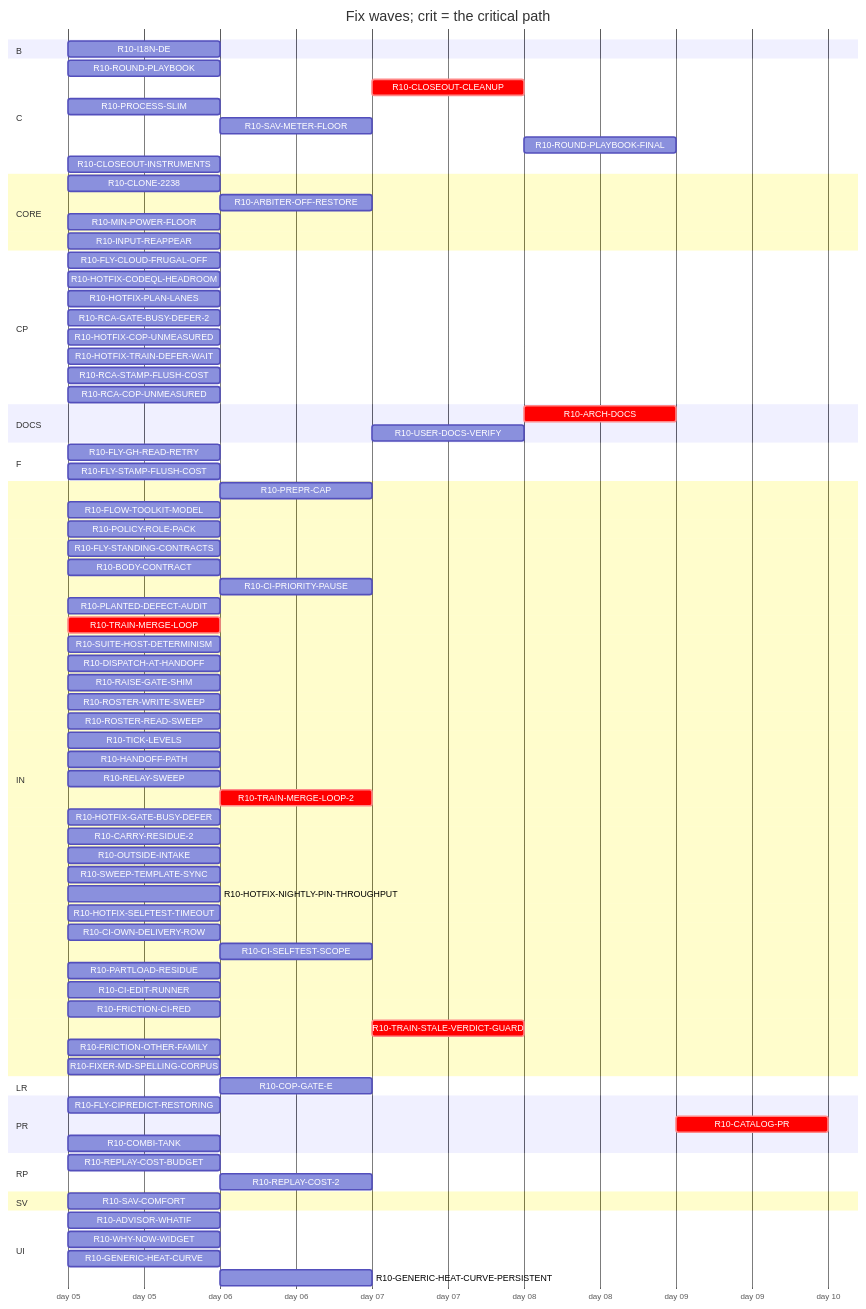
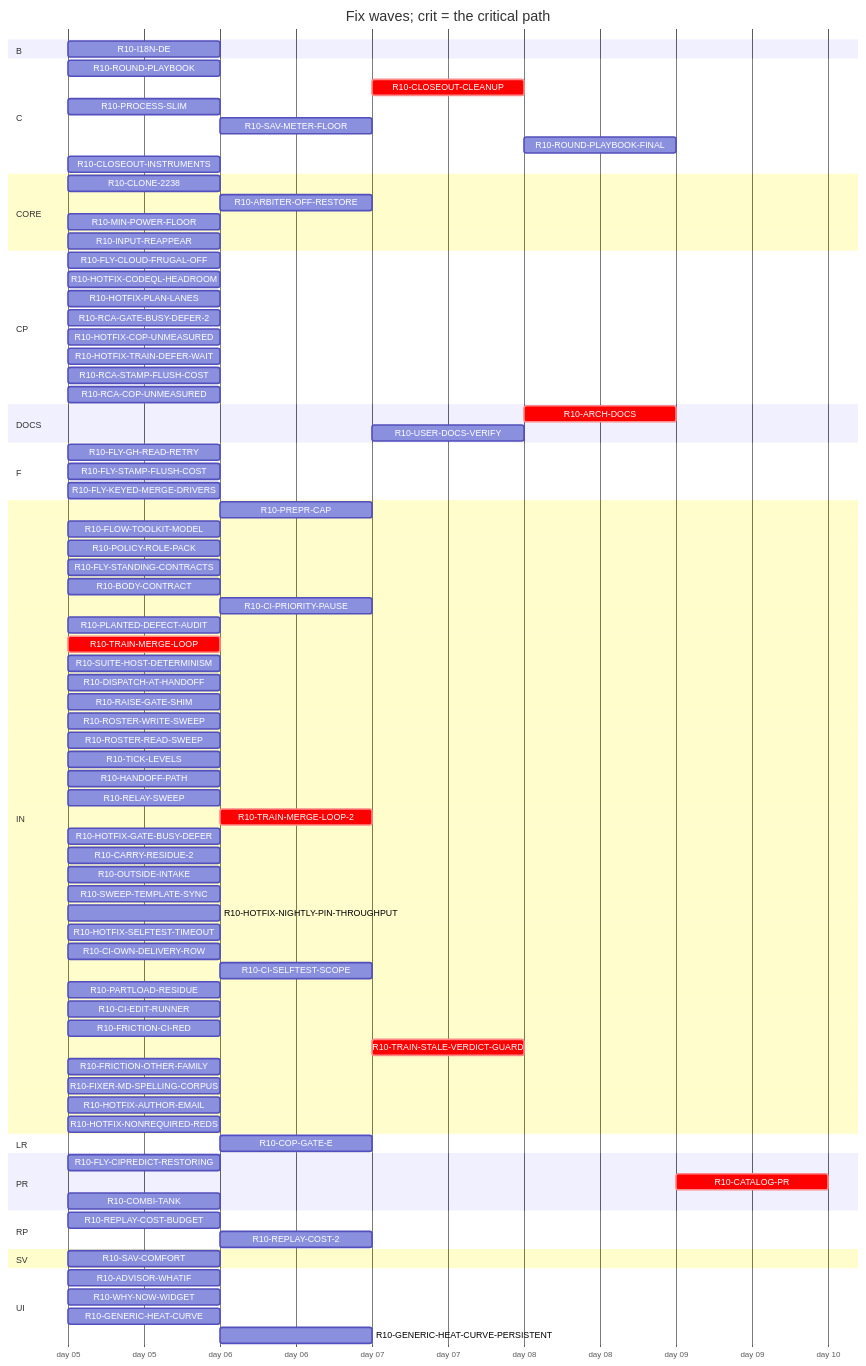
One commit to tvofi/heatpump_optimizer changed the diagram in handoff/round10/state/PLAN-TABLE.md. Above: the diagram before and after it, drawn with Mermaid. The commit also changed other lines of this file and 4 other files, not shown here.

Commit message:
state: FLOW-BOARD.md, NEXT-SESSION-PROMPT.md, PLAN-TABLE.md, PLAN.html, RESUME-CURRENT.md regenerated (state_docs.py)

```diff
--- a/handoff/round10/state/PLAN-TABLE.md
+++ b/handoff/round10/state/PLAN-TABLE.md
@@ -56,6 +56,7 @@
   section F
     R10-FLY-GH-READ-RETRY :r10FLYGHREADRETRY, 2026-01-05, 1d
     R10-FLY-STAMP-FLUSH-COST :r10FLYSTAMPFLUSHCOST, 2026-01-05, 1d
+    R10-FLY-KEYED-MERGE-DRIVERS :r10FLYKEYEDMERGEDRIVERS, 2026-01-05, 1d
   section IN
     R10-PREPR-CAP :r10PREPRCAP, after r10PROCESSSLIM, 1d
     R10-FLOW-TOOLKIT-MODEL :r10FLOWTOOLKITMODEL, 2026-01-05, 1d
@@ -88,6 +89,8 @@
     R10-TRAIN-STALE-VERDICT-GUARD :crit, r10TRAINSTALEVERDICTGUARD, after r10TRAINMERGELOOP2, 1d
     R10-FRICTION-OTHER-FAMILY :r10FRICTIONOTHERFAMILY, 2026-01-05, 1d
     R10-FIXER-MD-SPELLING-CORPUS :r10FIXERMDSPELLINGCORPUS, 2026-01-05, 1d
+    R10-HOTFIX-AUTHOR-EMAIL :r10HOTFIXAUTHOREMAIL, 2026-01-05, 1d
+    R10-HOTFIX-NONREQUIRED-REDS :r10HOTFIXNONREQUIREDREDS, 2026-01-05, 1d
   section LR
     R10-COP-GATE-E :r10COPGATEE, after r10HOTFIXCOPUNMEASURED, 1d
   section PR
```
